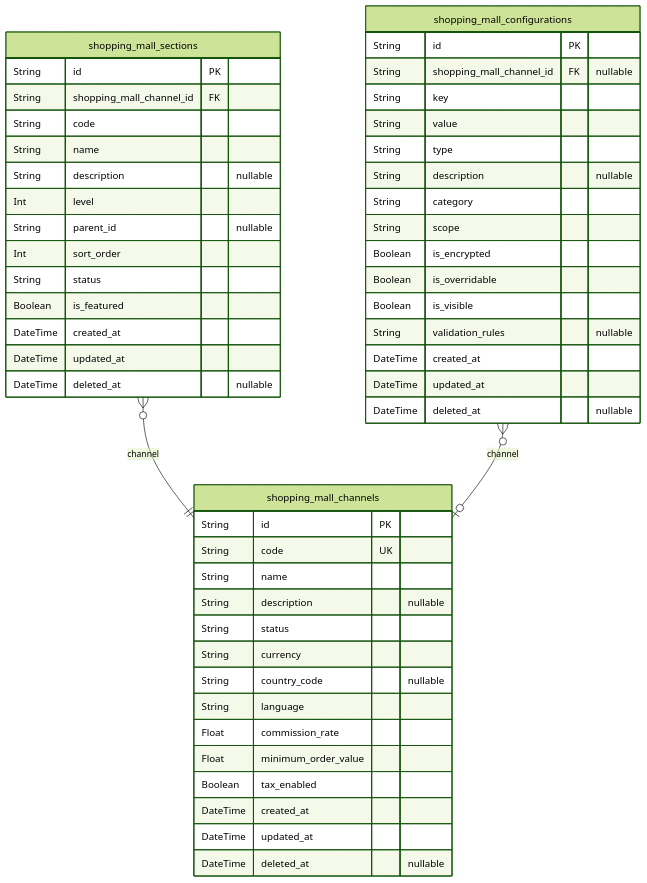
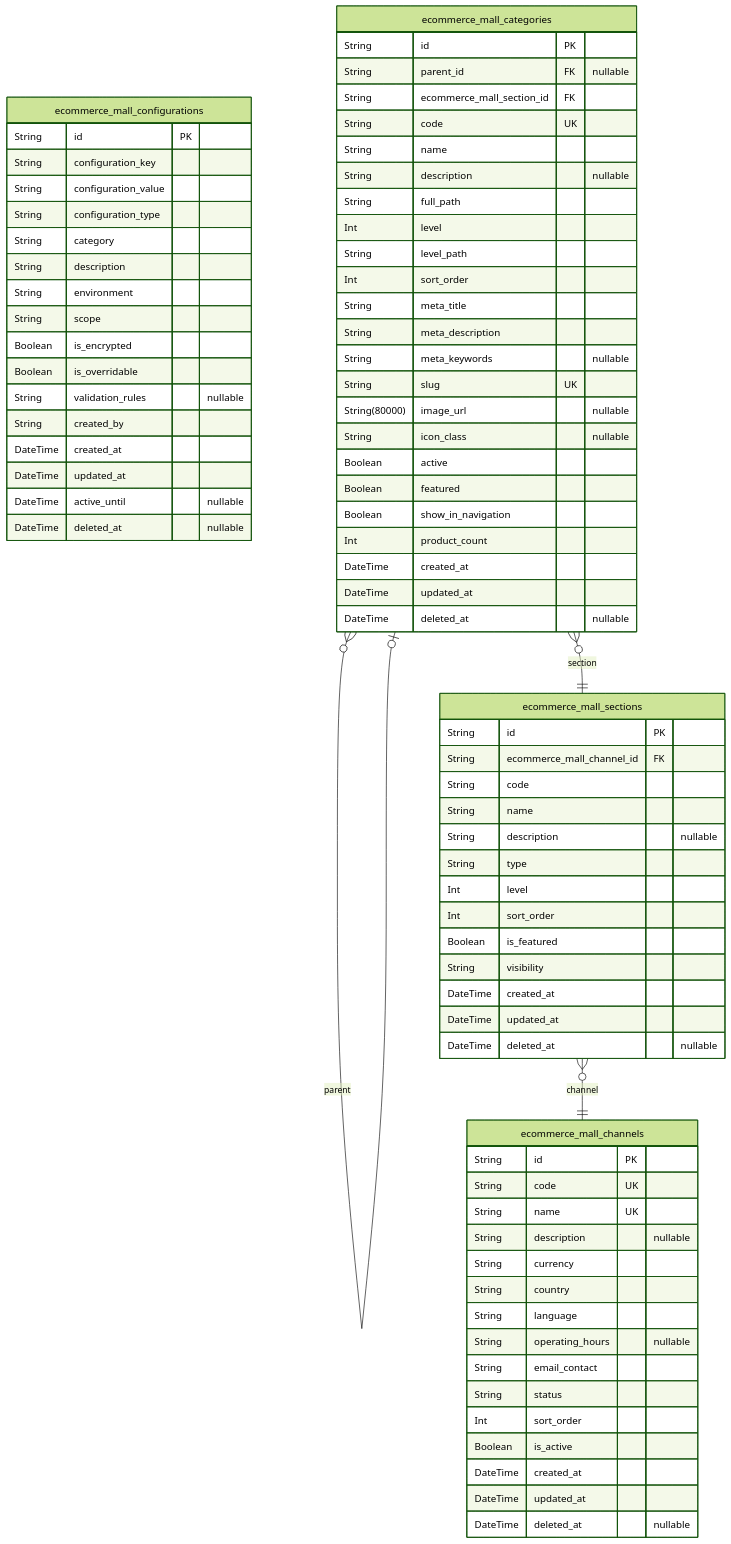
One commit to wrtnlabs/autobe-examples changed the first of 11 diagrams in moonshotai/kimi-k2-0905-exacto/shopping/docs/ERD.md. Above: the diagram before and after it, drawn with Mermaid (forest theme). The commit also changed other lines of this file and 3761 other files, not shown here.

````diff
--- a/moonshotai/kimi-k2-0905-exacto/shopping/docs/ERD.md
+++ b/moonshotai/kimi-k2-0905-exacto/shopping/docs/ERD.md
@@ -18,53 +19,81 @@
 ```mermaid
 erDiagram
-"shopping_mall_channels" {
+"ecommerce_mall_channels" {
   String id PK
   String code UK
-  String name
+  String name UK
   String description "nullable"
+  String currency
+  String country
+  String language
+  String operating_hours "nullable"
+  String email_contact
   String status
-  String currency
-  String country_code "nullable"
-  String language
-  Float commission_rate
-  Float minimum_order_value
-  Boolean tax_enabled
+  Int sort_order
+  Boolean is_active
   DateTime created_at
   DateTime updated_at
   DateTime deleted_at "nullable"
 }
-"shopping_mall_sections" {
+"ecommerce_mall_sections" {
   String id PK
-  String shopping_mall_channel_id FK
+  String ecommerce_mall_channel_id FK
   String code
   String name
   String description "nullable"
+  String type
   Int level
-  String parent_id "nullable"
   Int sort_order
-  String status
   Boolean is_featured
+  String visibility
   DateTime created_at
   DateTime updated_at
   DateTime deleted_at "nullable"
 }
-"shopping_mall_configurations" {
+"ecommerce_mall_configurations" {
   String id PK
-  String shopping_mall_channel_id FK "nullable"
-  String key
-  String value
-  String type
-  String description "nullable"
+  String configuration_key
+  String configuration_value
+  String configuration_type
   String category
+  String description
+  String environment
   String scope
   Boolean is_encrypted
   Boolean is_overridable
-  Boolean is_visible
   String validation_rules "nullable"
+  String created_by
+  DateTime created_at
+  DateTime updated_at
+  DateTime active_until "nullable"
+  DateTime deleted_at "nullable"
+}
+"ecommerce_mall_categories" {
+  String id PK
+  String parent_id FK "nullable"
+  String ecommerce_mall_section_id FK
+  String code UK
+  String name
+  String description "nullable"
+  String full_path
+  Int level
+  String level_path
+  Int sort_order
+  String meta_title
+  String meta_description
+  String meta_keywords "nullable"
+  String slug UK
+  String(80000) image_url "nullable"
+  String icon_class "nullable"
+  Boolean active
+  Boolean featured
+  Boolean show_in_navigation
+  Int product_count
   DateTime created_at
   DateTime updated_at
   DateTime deleted_at "nullable"
 }
-"shopping_mall_sections" }o--|| "shopping_mall_channels" : channel
-"shopping_mall_configurations" }o--o| "shopping_mall_channels" : channel
+"ecommerce_mall_sections" }o--|| "ecommerce_mall_channels" : channel
+"ecommerce_mall_categories" }o--o| "ecommerce_mall_categories" : parent
+"ecommerce_mall_categories" }o--|| "ecommerce_mall_sections" : section
 ```
````
